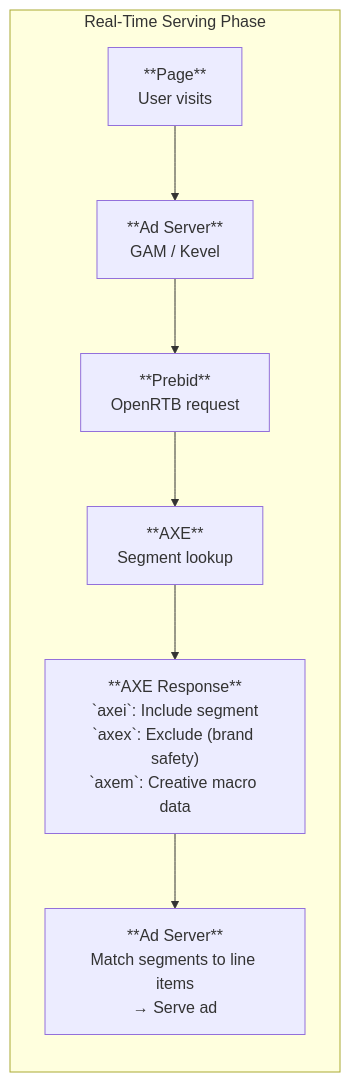
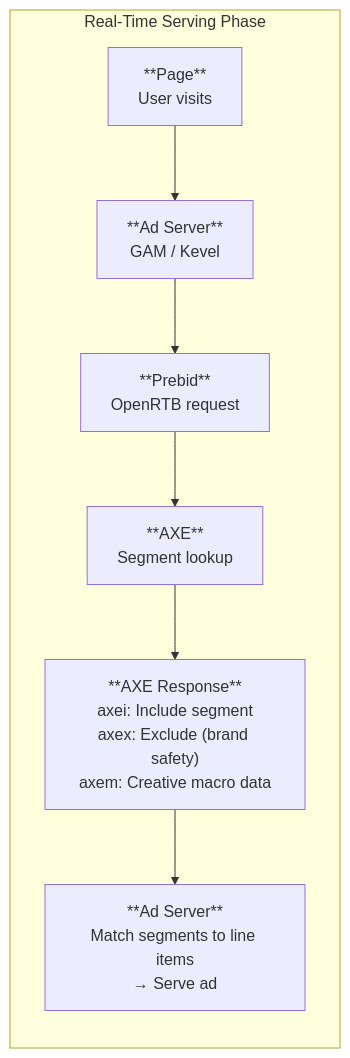
The second of 2 diagrams in docs/media-buy/advanced-topics/agentic-execution-engine.mdx (adcontextprotocol/adcp), drawn with Mermaid before and after one commit.

Commit message:
Fix Mermaid diagram markdown errors in AXE documentation
Remove backticks from diagram node labels as Mermaid doesn't support inline code formatting. This fixes the "Unsupported markdown: codespan" rendering errors in the AXE Response node.

🤖 Generated with [Claude Code](https://claude.com/claude-code)

````diff
--- a/docs/media-buy/advanced-topics/agentic-execution-engine.mdx
+++ b/docs/media-buy/advanced-topics/agentic-execution-engine.mdx
@@ -44,21 +44,21 @@
 ```mermaid
 flowchart TB
     subgraph realtime["Real-Time Serving Phase"]
         direction TB
 
         page["**Page**<br/>User visits"]
         adserver1["**Ad Server**<br/>GAM / Kevel"]
         prebid["**Prebid**<br/>OpenRTB request"]
         axe["**AXE**<br/>Segment lookup"]
 
         page --> adserver1 --> prebid --> axe
 
-        axeresponse["**AXE Response**<br/>`axei`: Include segment<br/>`axex`: Exclude (brand safety)<br/>`axem`: Creative macro data"]
+        axeresponse["**AXE Response**<br/>axei: Include segment<br/>axex: Exclude (brand safety)<br/>axem: Creative macro data"]
 
         axe --> axeresponse
 
         adserver2["**Ad Server**<br/>Match segments to line items<br/>→ Serve ad"]
 
         axeresponse --> adserver2
     end
 ```
````
